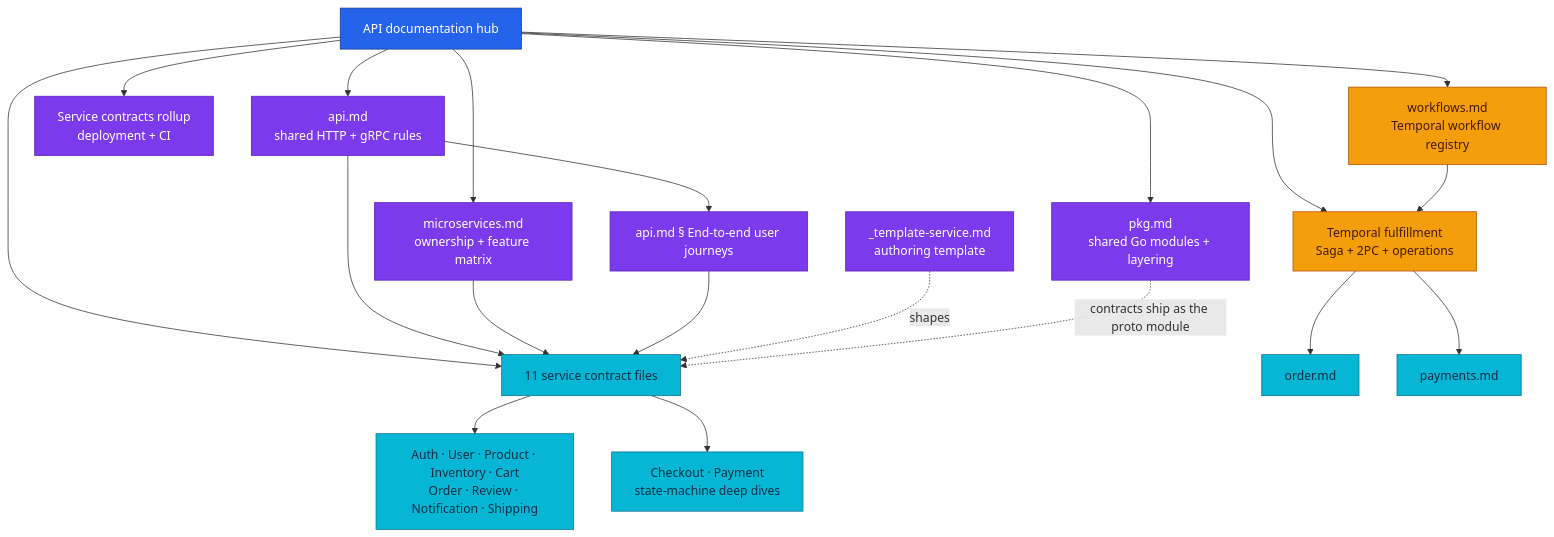
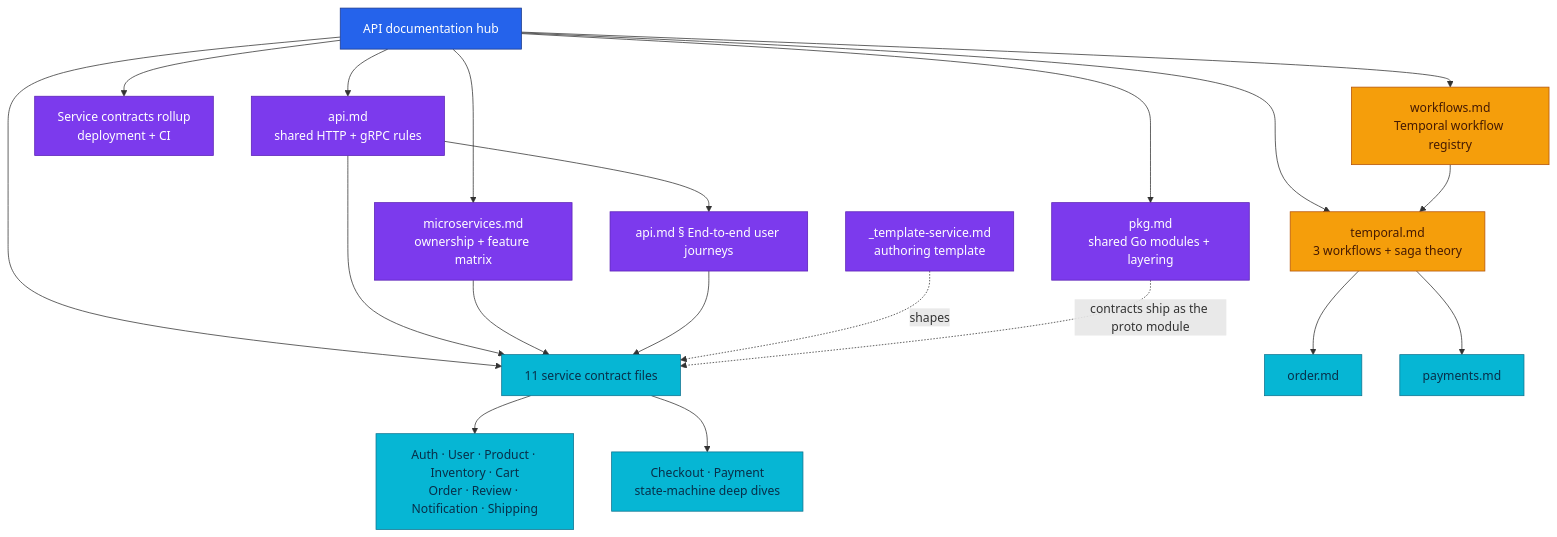
One commit to duynhlab/homelab changed the diagram in docs/api/README.md. Above: the diagram before and after it, drawn with Mermaid. The commit also changed other lines of this file and 27 other files, not shown here.

````diff
--- a/docs/api/README.md
+++ b/docs/api/README.md
@@ -15,30 +15,30 @@
 ```mermaid
 flowchart TD
     Hub["API documentation hub"] --> Shared["api.md<br/>shared HTTP + gRPC rules"]
     Hub --> Rollup["Service contracts rollup<br/>deployment + CI"]
     Hub --> Catalog["microservices.md<br/>ownership + feature matrix"]
     Hub --> Contracts["11 service contract files"]
     Hub --> Workflows["workflows.md<br/>Temporal workflow registry"]
-    Hub --> Saga["Temporal fulfillment<br/>Saga + 2PC + operations"]
+    Hub --> Saga["temporal.md<br/>3 workflows + saga theory"]
     Hub --> Pkg["pkg.md<br/>shared Go modules + layering"]
     Shared --> Journeys["api.md § End-to-end user journeys"]
     Contracts --> Basic["Auth · User · Product · Inventory · Cart<br/>Order · Review · Notification · Shipping"]
     Contracts --> Deep["Checkout · Payment<br/>state-machine deep dives"]
     Shared --> Contracts
     Catalog --> Contracts
     Journeys --> Contracts
     Workflows --> Saga
     Template["_template-service.md<br/>authoring template"] -.->|"shapes"| Contracts
     Saga --> Order["order.md"]
     Saga --> Payment["payments.md"]
     Pkg -.->|"contracts ship as the proto module"| Contracts
 
     classDef hub fill:#2563eb,color:#fff,stroke:#1e3a8a;
     classDef guide fill:#7c3aed,color:#fff,stroke:#5b21b6;
     classDef contract fill:#06b6d4,color:#082f49,stroke:#0e7490;
     classDef workflow fill:#f59e0b,color:#451a03,stroke:#b45309;
     class Hub hub;
     class Shared,Catalog,Rollup,Journeys,Template,Pkg guide;
     class Contracts,Basic,Deep,Order,Payment contract;
     class Saga,Workflows workflow;
 ```
````
